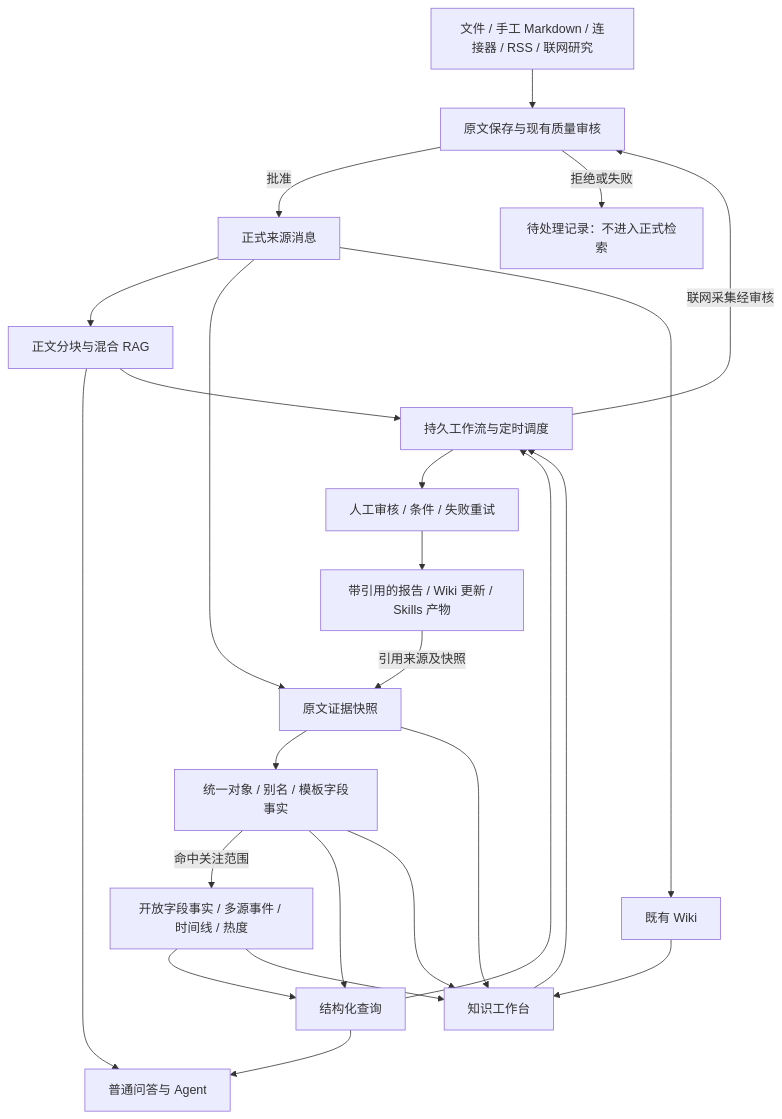
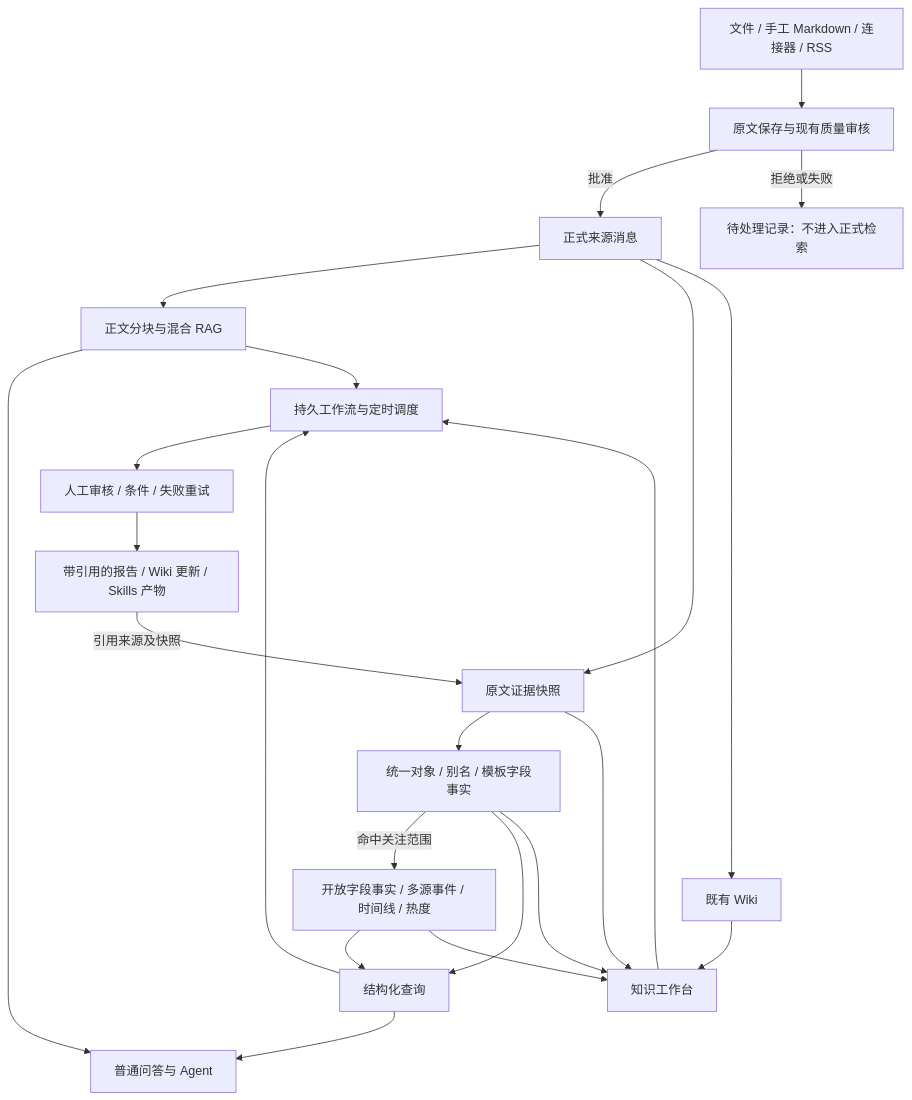
The diagram in docs/知识库融合说明.md (Dikui/Reliquary), drawn with Mermaid before and after one commit. The commit also changed other lines of this file and 233 other files, not shown here.

````diff
--- a/docs/知识库融合说明.md
+++ b/docs/知识库融合说明.md
@@ -27,26 +27,25 @@
 ```mermaid
 flowchart TB
-    S[文件 / 手工 Markdown / 连接器 / RSS / 联网研究] --> I[原文保存与现有质量审核]
+    S[文件 / 手工 Markdown / 连接器 / RSS] --> I[原文保存与现有质量审核]
     I -->|批准| M[正式来源消息]
     I -->|拒绝或失败| P[待处理记录：不进入正式检索]
     M --> R[正文分块与混合 RAG]
     M --> C[原文证据快照]
     C --> O[统一对象 / 别名 / 模板字段事实]
     O -->|命中关注范围| E[开放字段事实 / 多源事件 / 时间线 / 热度]
     M --> W[既有 Wiki]
     O --> Q[结构化查询]
     E --> Q
     Q --> A[普通问答与 Agent]
     R --> A
     E --> B[知识工作台]
     O --> B
     C --> B
     W --> B
     B --> F[持久工作流与定时调度]
     Q --> F
     R --> F
-    F -->|联网采集经审核| I
     F --> H[人工审核 / 条件 / 失败重试]
     H --> D[带引用的报告 / Wiki 更新 / Skills 产物]
     D -->|引用来源及快照| C
 ```
````
